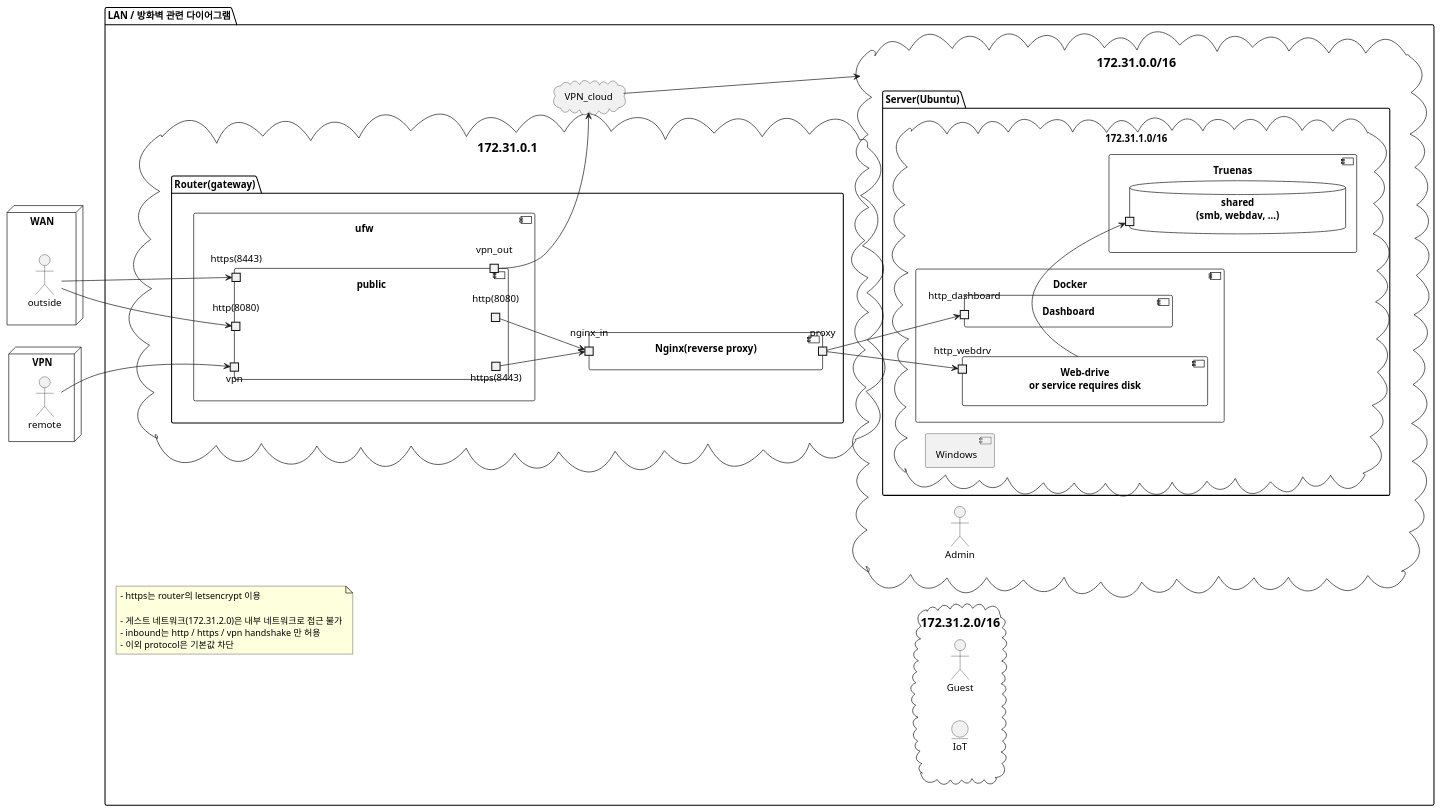
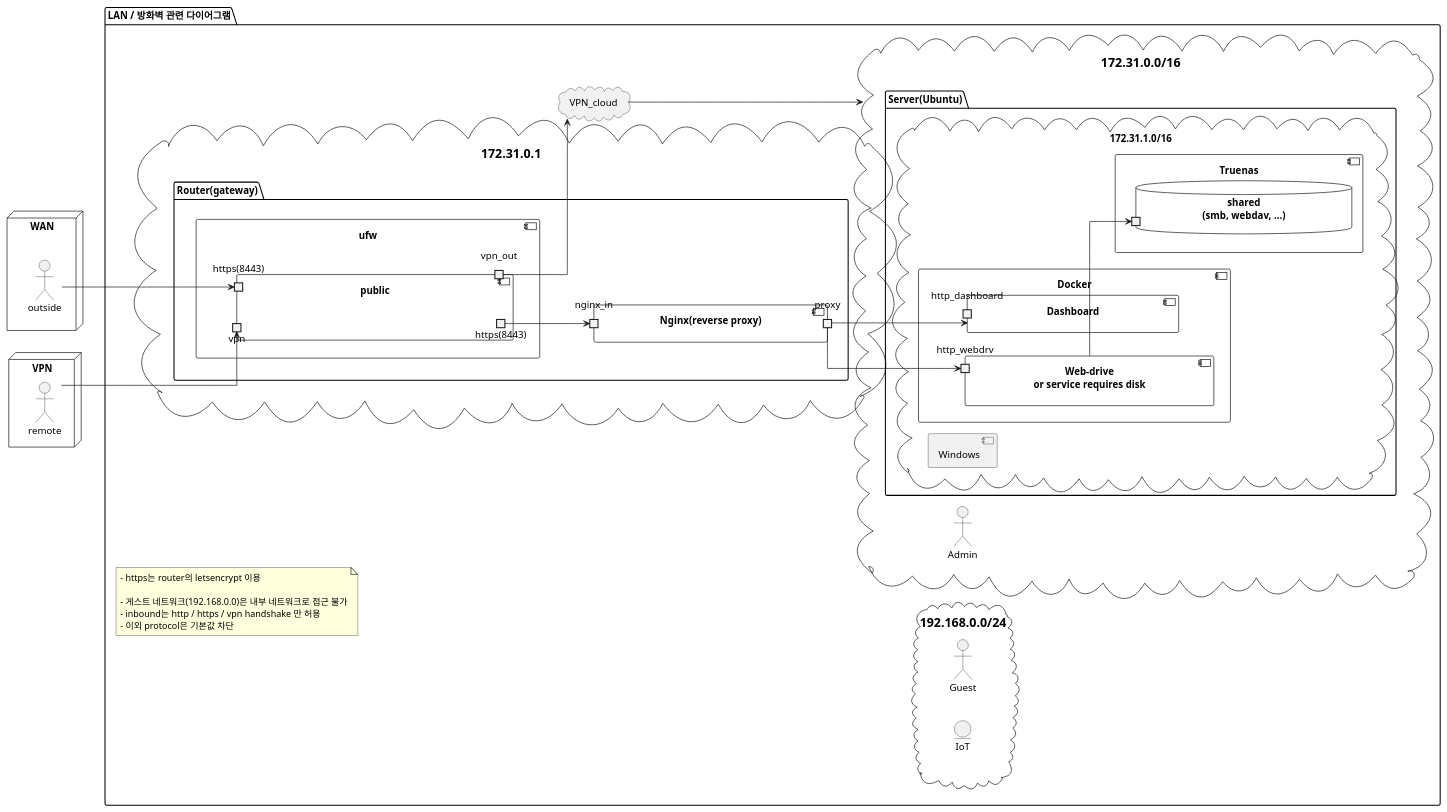
The diagram in structure.pu (phoi5675/Homeserver), drawn with PlantUML before and after one commit. The commit also changed 6 other files, not shown here.

```diff
--- a/structure.pu
+++ b/structure.pu
@@ -1,90 +1,88 @@
 @startuml structure
 
 left to right direction
+skinparam linetype ortho
+
 package "LAN / 방화벽 관련 다이어그램" as lan {
     cloud "=172.31.0.1" as gateway_cloud {
         package "Router(gateway)" as router {
             component "Nginx(reverse proxy)" as nginx {
                 portin "nginx_in" as nginx_in
                 portout "proxy" as proxy
             }
             component "ufw" as ufw {
                 component "public" as pub {
-                    portin "http(8080)" as http_pub
                     portin "https(8443)" as https_pub
                     portin "vpn" as vpn_in
 
-                    portout "http(8080)" as http_prv
                     portout "https(8443)" as https_prv
                     portout "vpn_out" as vpn_out
                 }
             }
         }
     }
     cloud "=172.31.0.0/16" as prv_ip {
 
         package "Server(Ubuntu)" as srv {
             cloud "172.31.1.0/16" as server_ip {
                 component "Truenas" as nas {
                     database "shared\n(smb, webdav, ...)" as shared {
                         portin " " as shared_port
                     }
                 }
                 component "Docker" as docker {
                     component "Dashboard" as dashboard {
                         portin http_dashboard
                     }
                     component "Web-drive\nor service requires disk" as webdrv {
                         portin http_webdrv
                     }
 
                 }
                 component "Windows" as win 
             }
         }
 
         actor "Admin" as admin
     }
-    cloud "=172.31.2.0/16" as iot_ip {
+    cloud "=192.168.0.0/24" as iot_ip {
         actor "Guest" as guest
         entity "IoT" as iot
     } 
     cloud "VPN_cloud" as vpn_cloud
     note as N1 
         - https는 router의 letsencrypt 이용
 
-        - 게스트 네트워크(172.31.2.0)은 내부 네트워크로 접근 불가
+        - 게스트 네트워크(192.168.0.0)은 내부 네트워크로 접근 불가
         - inbound는 http / https / vpn handshake 만 허용
         - 이외 protocol은 기본값 차단
     end note
 }
 
 node "WAN" as wan {
     actor outside
 }
 
 node "VPN" as vpn {
     actor remote
 }
 
-http_prv --> nginx_in
 https_prv --> nginx_in
 
-http_pub <-l- outside
 https_pub <-l- outside
 
 webdrv -> shared_port
 
 proxy --> http_dashboard
 proxy --> http_webdrv
 
 remote --> vpn_in
 vpn_out --> vpn_cloud
 vpn_cloud ---> prv_ip
 
 ' Alignment
 wan -[hidden]- ufw
 prv_ip -[hidden]right- iot_ip
 gateway_cloud -[hidden]---- prv_ip
 vpn_cloud -[hidden]down------- gateway_cloud
 @enduml
```
